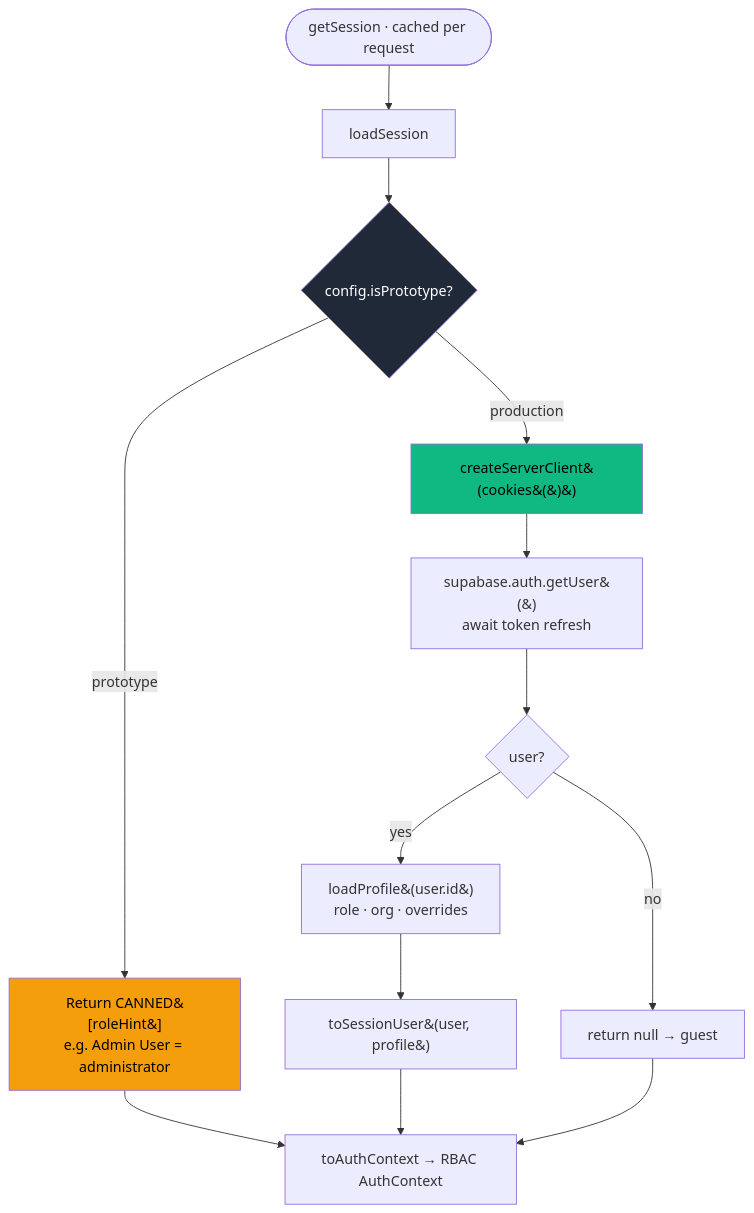
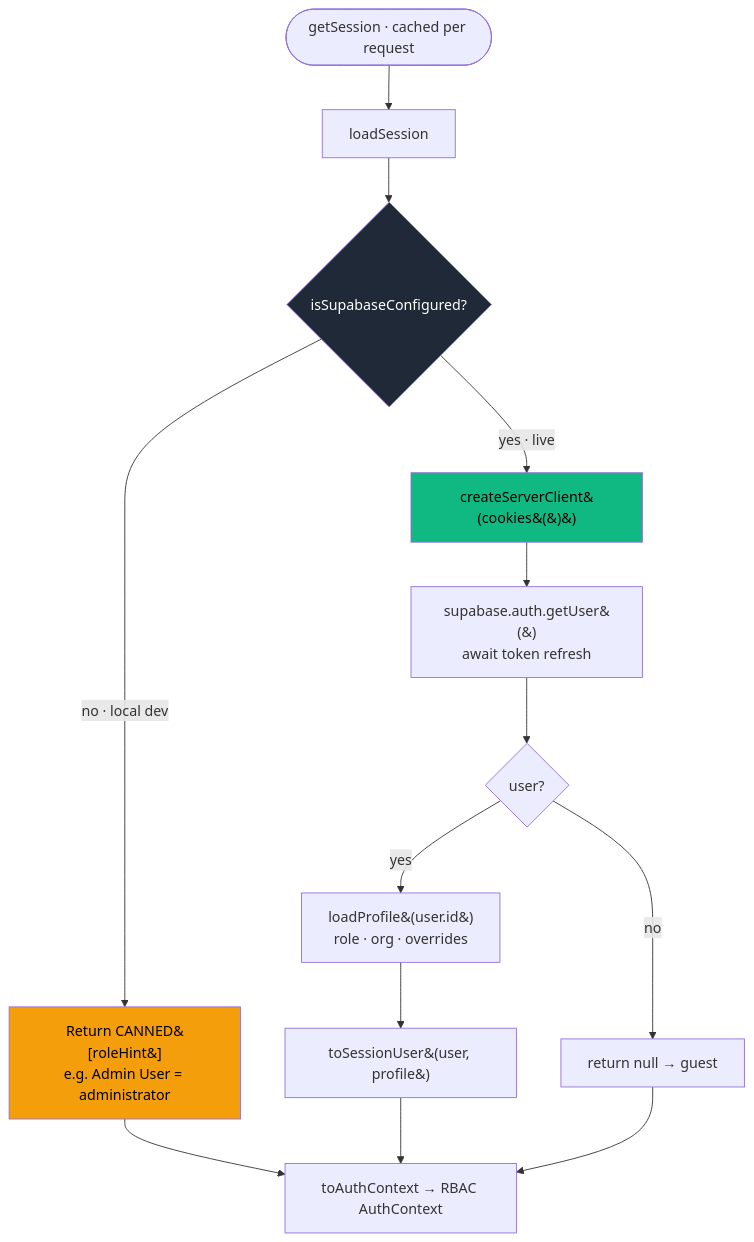
Before and after one commit to jayjay77uk/Juice-doctor: the second of 4 diagrams in docs/architecture/01-authentication.md, drawn with Mermaid. The commit also changed other lines of this file and 84 other files, not shown here.

````diff
--- a/docs/architecture/01-authentication.md
+++ b/docs/architecture/01-authentication.md
@@ -151,22 +151,22 @@
 ```mermaid
 flowchart TD
     Start([getSession · cached per request]) --> Load[loadSession]
-    Load --> Mode{config.isPrototype?}
+    Load --> Mode{isSupabaseConfigured?}
 
-    Mode -->|prototype| Canned["Return CANNED&#91;roleHint&#93;<br/>e.g. Admin User = administrator"]
-    Mode -->|production| Cookie["createServerClient&#40;cookies&#40;&#41;&#41;"]
+    Mode -->|no · local dev| Canned["Return CANNED&#91;roleHint&#93;<br/>e.g. Admin User = administrator"]
+    Mode -->|yes · live| Cookie["createServerClient&#40;cookies&#40;&#41;&#41;"]
 
     Cookie --> User["supabase.auth.getUser&#40;&#41;<br/>await token refresh"]
     User --> HasUser{user?}
     HasUser -->|no| Null[return null → guest]
     HasUser -->|yes| Profile["loadProfile&#40;user.id&#41;<br/>role · org · overrides"]
     Profile --> Build["toSessionUser&#40;user, profile&#41;"]
 
     Canned --> Ctx[toAuthContext → RBAC AuthContext]
     Build --> Ctx
     Null --> Ctx
 
     style Mode fill:#1f2937,color:#fff
     style Canned fill:#f59e0b,color:#000
     style Cookie fill:#10b981,color:#000
 ```
````
